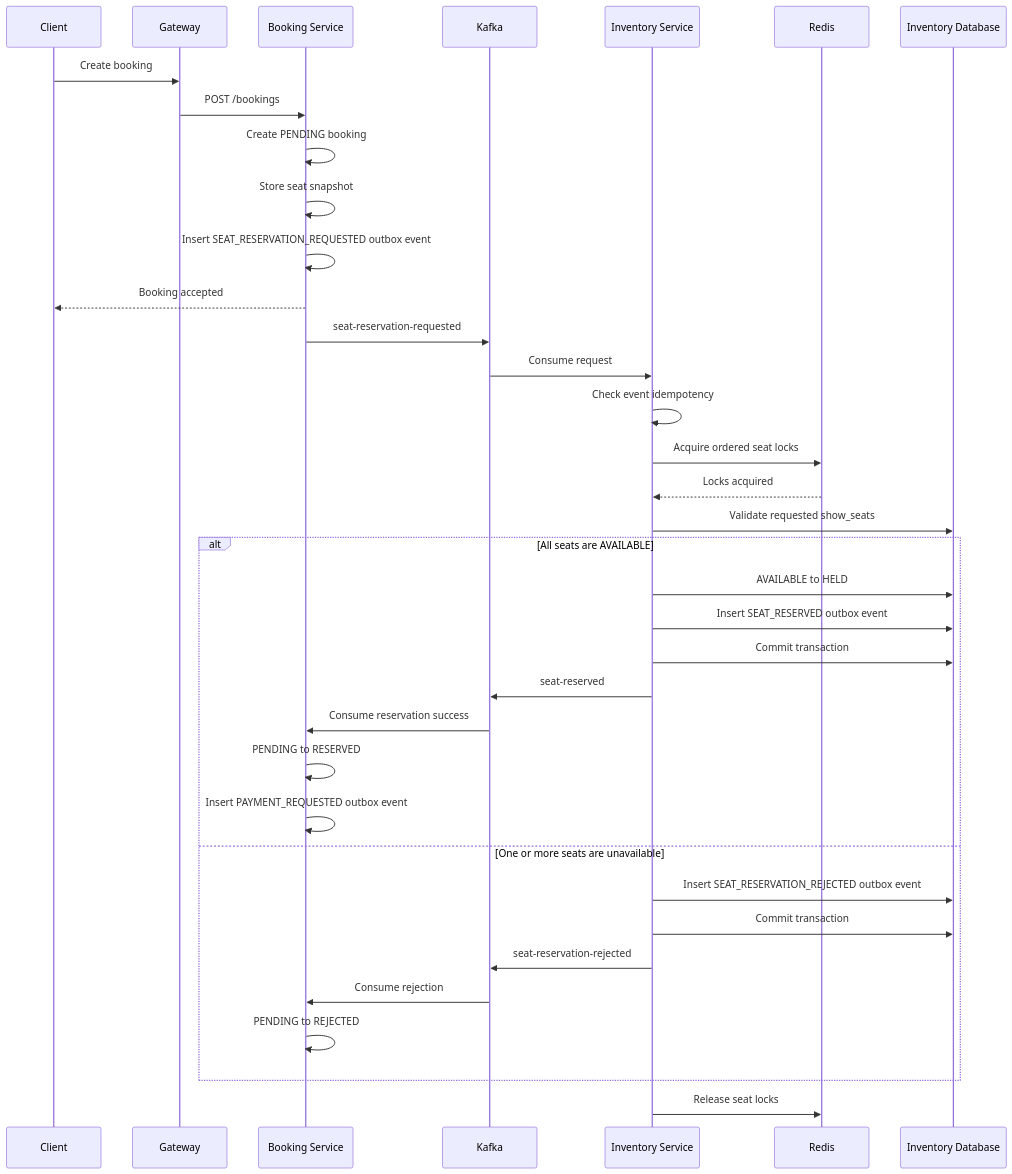
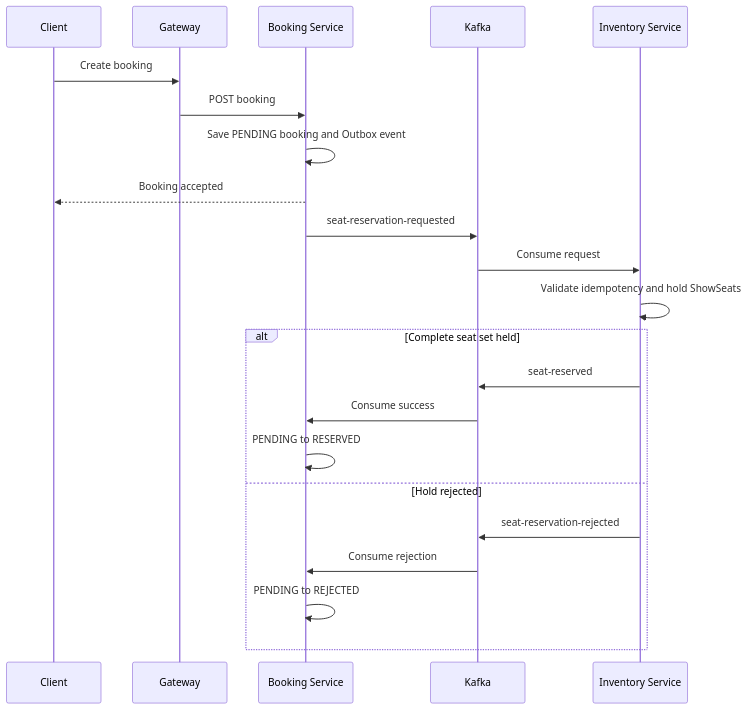
The fourth of 15 diagrams in docs/13_SEQUENCE_DIAGRAMS.md (HuyKunNe/cinema-system), drawn with Mermaid before and after one commit. The commit also changed other lines of this file and 17 other files, not shown here.

````diff
--- a/docs/13_SEQUENCE_DIAGRAMS.md
+++ b/docs/13_SEQUENCE_DIAGRAMS.md
@@ -9,45 +112,26 @@
 ```mermaid
 sequenceDiagram
     participant Client
     participant Gateway
     participant Booking as Booking Service
     participant Kafka
     participant Inventory as Inventory Service
-    participant Redis
-    participant InventoryDB as Inventory Database
 
     Client->>Gateway: Create booking
-    Gateway->>Booking: POST /bookings
-
-    Booking->>Booking: Create PENDING booking
-    Booking->>Booking: Store seat snapshot
-    Booking->>Booking: Insert SEAT_RESERVATION_REQUESTED outbox event
+    Gateway->>Booking: POST booking
+    Booking->>Booking: Save PENDING booking and Outbox event
     Booking-->>Client: Booking accepted
-
     Booking->>Kafka: seat-reservation-requested
     Kafka->>Inventory: Consume request
+    Inventory->>Inventory: Validate idempotency and hold ShowSeats
 
-    Inventory->>Inventory: Check event idempotency
-    Inventory->>Redis: Acquire ordered seat locks
-    Redis-->>Inventory: Locks acquired
-
-    Inventory->>InventoryDB: Validate requested show_seats
-
-    alt All seats are AVAILABLE
-        Inventory->>InventoryDB: AVAILABLE to HELD
-        Inventory->>InventoryDB: Insert SEAT_RESERVED outbox event
-        Inventory->>InventoryDB: Commit transaction
+    alt Complete seat set held
         Inventory->>Kafka: seat-reserved
-        Kafka->>Booking: Consume reservation success
+        Kafka->>Booking: Consume success
         Booking->>Booking: PENDING to RESERVED
-        Booking->>Booking: Insert PAYMENT_REQUESTED outbox event
-    else One or more seats are unavailable
-        Inventory->>InventoryDB: Insert SEAT_RESERVATION_REJECTED outbox event
-        Inventory->>InventoryDB: Commit transaction
+    else Hold rejected
         Inventory->>Kafka: seat-reservation-rejected
         Kafka->>Booking: Consume rejection
         Booking->>Booking: PENDING to REJECTED
     end
-
-    Inventory->>Redis: Release seat locks
 ```
````
